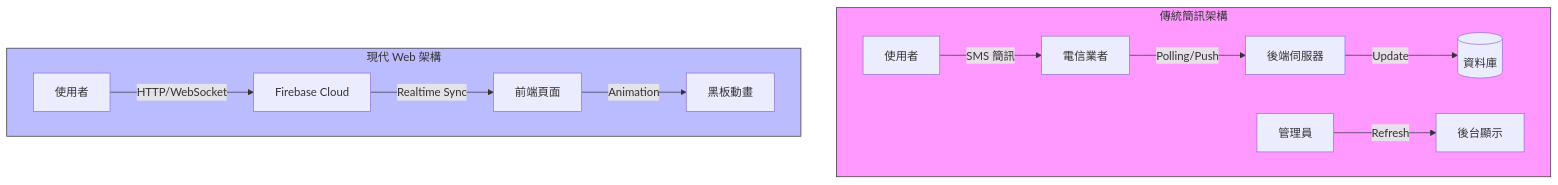
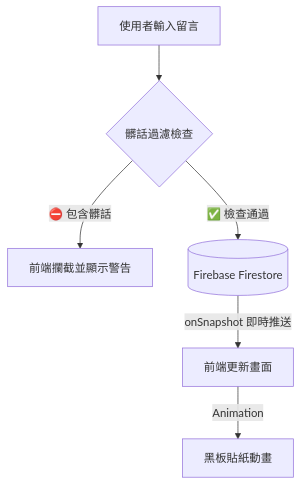
The first of 2 diagrams in README.md (tony8382/interactive-blackboard), drawn with Mermaid before and after one commit. The commit also changed other lines of this file, not shown here.

Commit message:
docs: update desc

````diff
--- a/README.md
+++ b/README.md
@@ -16,19 +15,10 @@
 ```mermaid
 graph TD
-    subgraph Legacy [傳統簡訊架構]
-        User1[使用者] -->|SMS 簡訊| Telecom[電信業者]
-        Telecom -->|Polling/Push| Server[後端伺服器]
-        Server -->|Update| Database[(資料庫)]
-        Admin[管理員] -->|Refresh| Dashboard[後台顯示]
-        
-        style Legacy fill:#f9f,stroke:#333
-    end
-
-    subgraph Modern [現代 Web 架構]
-        User2[使用者] -->|HTTP/WebSocket| Firebase[Firebase Cloud]
-        Firebase -->|Realtime Sync| Client[前端頁面]
-        Client -->|Animation| UI[黑板動畫]
-        
-        style Modern fill:#bbf,stroke:#333
-    end
+    User[使用者輸入留言] --> Filter{髒話過濾檢查}
+    
+    Filter -->|⛔ 包含髒話| Warn[前端攔截並顯示警告]
+    Filter -->|✅ 檢查通過| DB[(Firebase Firestore)]
+    
+    DB -->|onSnapshot 即時推送| Client[前端更新畫面]
+    Client -->|Animation| UI[黑板貼紙動畫]
 ```
````
